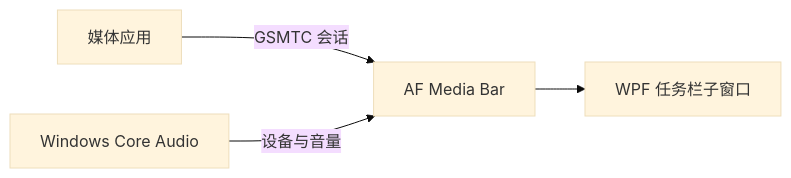
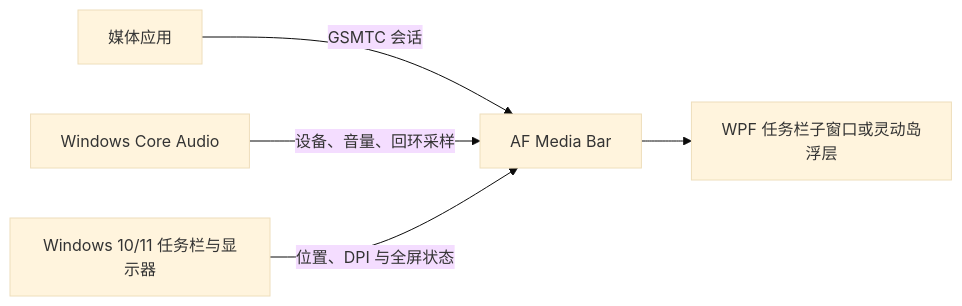
Before and after one commit to Fervent-Tempo/AF-Media-Bar: the diagram in README.md, drawn with Mermaid (base theme). The commit also changed other lines of this file and 33 other files, not shown here.

````diff
--- a/README.md
+++ b/README.md
@@ -55,6 +66,7 @@
 ```mermaid
 flowchart LR
     A[媒体应用] -->|GSMTC 会话| B[AF Media Bar]
-    C[Windows Core Audio] -->|设备与音量| B
-    B --> D[WPF 任务栏子窗口]
+    C[Windows Core Audio] -->|设备、音量、回环采样| B
+    D[Windows 10/11 任务栏与显示器] -->|位置、DPI 与全屏状态| B
+    B --> E[WPF 任务栏子窗口或灵动岛浮层]
 ```
````
